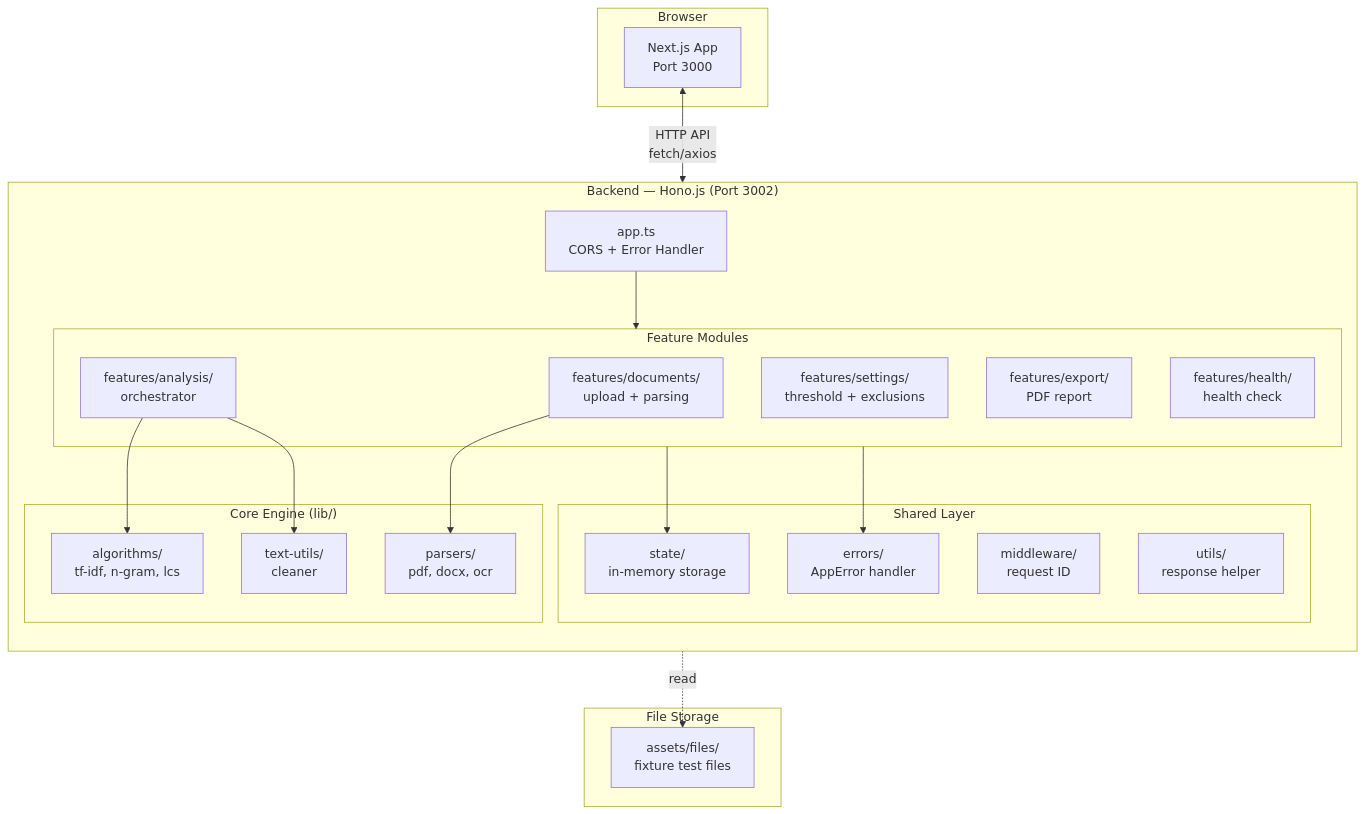
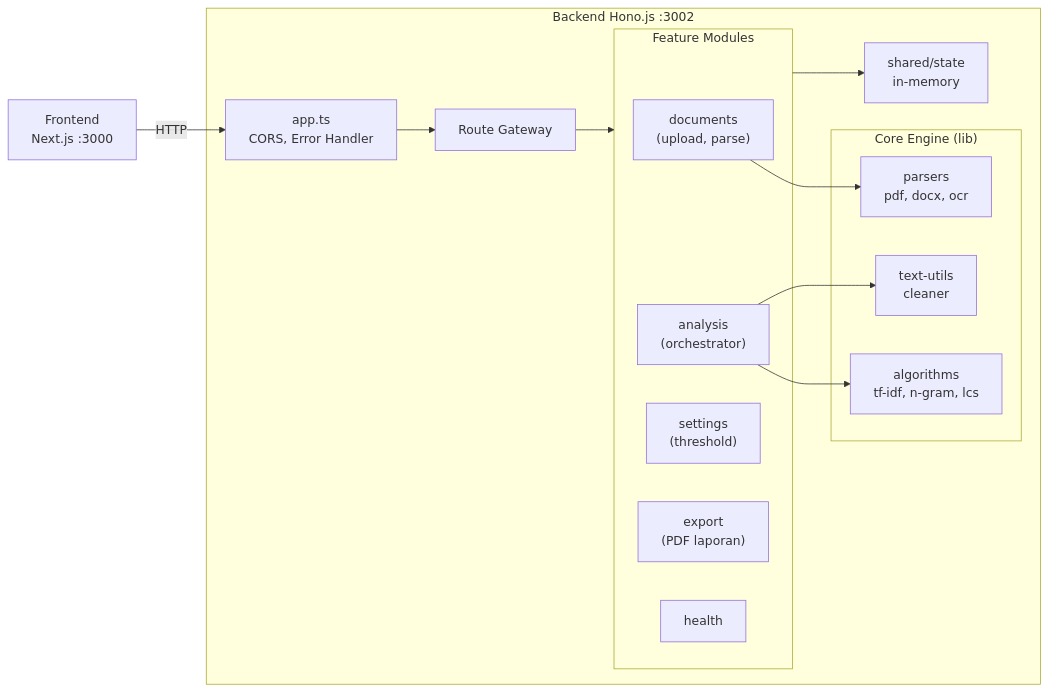
One commit to zenith-id/plagiarism-checker changed the diagram in README.md. Above: the diagram before and after it, drawn with Mermaid. The commit also changed 1 other file, not shown here.

Commit message:
docs(readme): simplify mermaid diagrams for readability

````diff
--- a/README.md
+++ b/README.md
@@ -62,46 +62,33 @@
 ```mermaid
-flowchart TB
-    subgraph Client["Browser"]
-        FE["Next.js App<br/>Port 3000"]
+flowchart LR
+    FE["Frontend<br/>Next.js :3000"]
+
+    subgraph BE["Backend Hono.js :3002"]
+        APP["app.ts<br/>CORS, Error Handler"]
+        GW["Route Gateway"]
+
+        subgraph M["Feature Modules"]
+            DOC["documents<br/>(upload, parse)"]
+            ANL["analysis<br/>(orchestrator)"]
+            SET["settings<br/>(threshold)"]
+            EXP["export<br/>(PDF laporan)"]
+            HTH["health"]
+        end
+
+        subgraph C["Core Engine (lib)"]
+            ALG["algorithms<br/>tf-idf, n-gram, lcs"]
+            PAR["parsers<br/>pdf, docx, ocr"]
+            TXT["text-utils<br/>cleaner"]
+        end
+
+        ST["shared/state<br/>in-memory"]
     end
 
-    subgraph API["Backend — Hono.js (Port 3002)"]
-        direction TB
-        GW["app.ts<br/>CORS + Error Handler"]
-        
-        subgraph Modules["Feature Modules"]
-            DOC["features/documents/<br/>upload + parsing"]
-            ANL["features/analysis/<br/>orchestrator"]
-            SET["features/settings/<br/>threshold + exclusions"]
-            EXP["features/export/<br/>PDF report"]
-            HTH["features/health/<br/>health check"]
-        end
-
-        subgraph Core["Core Engine (lib/)"]
-            ALG["algorithms/<br/>tf-idf, n-gram, lcs"]
-            PAR["parsers/<br/>pdf, docx, ocr"]
-            TXT["text-utils/<br/>cleaner"]
-        end
-
-        subgraph Shared["Shared Layer"]
-            ST["state/<br/>in-memory storage"]
-            ERR["errors/<br/>AppError handler"]
-            MID["middleware/<br/>request ID"]
-            UT["utils/<br/>response helper"]
-        end
-
-        GW --> Modules
-        ANL --> ALG
-        ANL --> TXT
-        DOC --> PAR
-        Modules --> ST
-        Modules --> ERR
-    end
-
-    subgraph Files["File Storage"]
-        FI["assets/files/<br/>fixture test files"]
-    end
-
-    FE <--> |"HTTP API<br/>fetch/axios"| GW
-    PAR -.-> |"read"| FI
+    FE -- HTTP --> APP
+    APP --> GW
+    GW --> M
+    ANL --> ALG
+    ANL --> TXT
+    DOC --> PAR
+    M --> ST
 ```
````
